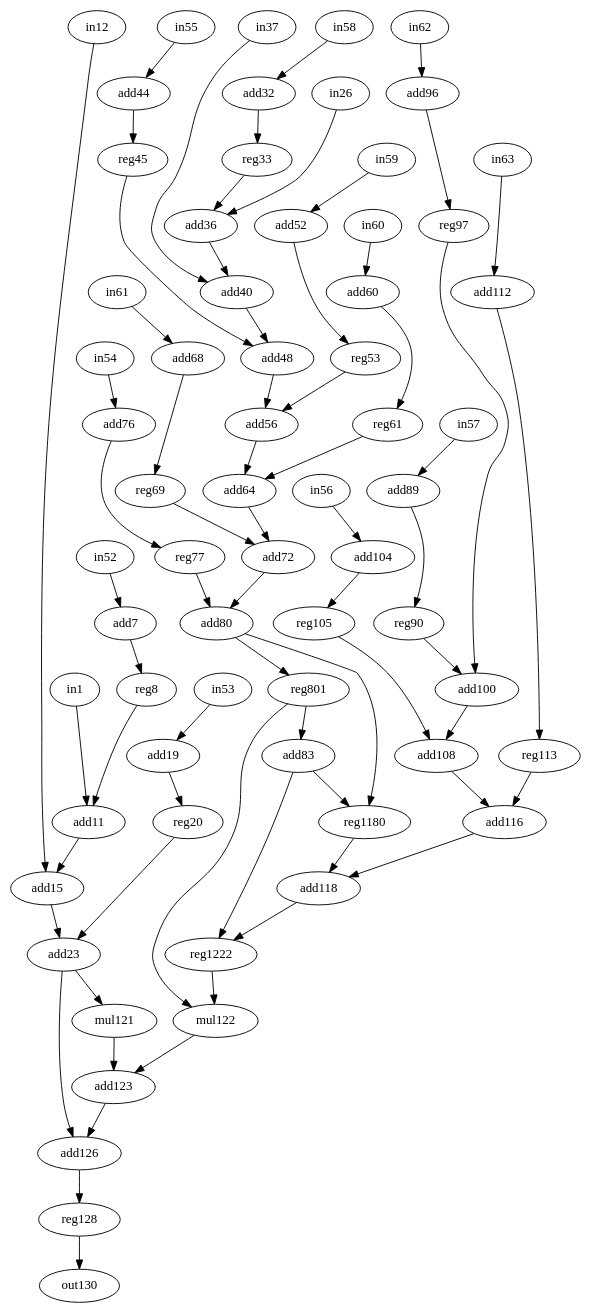
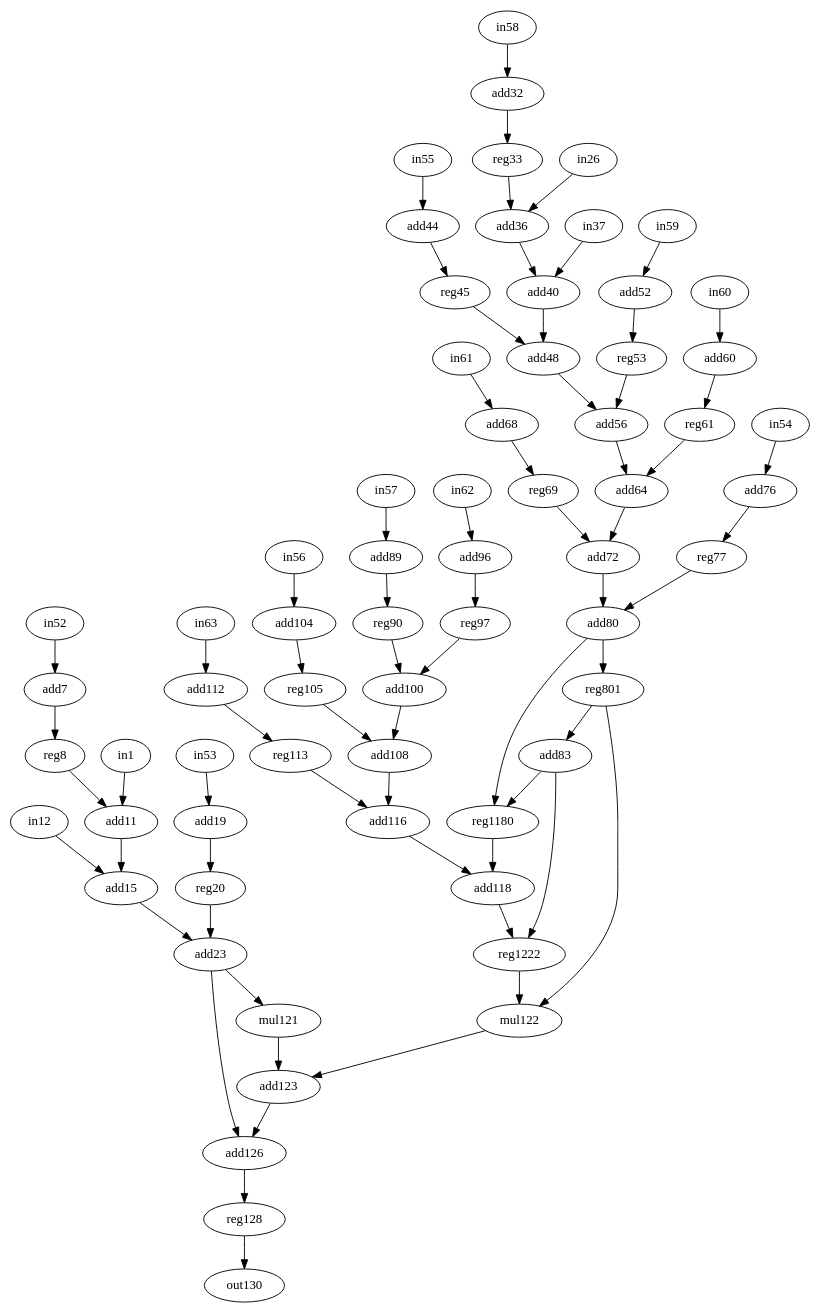
The diagram in bench/test_bench/h2v2_smooth.dot (jeronimopenha/traversal_project), drawn with Graphviz before and after one commit. The commit also changed 26032 other files, not shown here.

```diff
--- a/bench/test_bench/h2v2_smooth.dot
+++ b/bench/test_bench/h2v2_smooth.dot
@@ -1,133 +1,133 @@
 digraph "h2v2_smooth" {
 0 [label=reg33, op=reg];
 1 [label=in12, op=in];
 2 [label=in37, op=in];
 3 [label=add68, op=addi, value=2];
 4 [label=mul121, op=muli, value=2];
 5 [label=reg90, op=reg];
 6 [label=add23, op=add];
 7 [label=add118, op=add];
 8 [label=reg61, op=reg];
 9 [label=add83, op=addi, value=2];
 10 [label=add19, op=addi, value=2];
 11 [label=add72, op=add];
 12 [label=add89, op=addi, value=2];
 13 [label=add104, op=addi, value=2];
 14 [label=reg128, op=reg];
 15 [label=reg801, op=reg];
 16 [label=reg20, op=reg];
 17 [label=add60, op=addi, value=2];
 18 [label=in1, op=in];
 19 [label=add7, op=addi, value=2];
 20 [label=add40, op=add];
 21 [label=reg69, op=reg];
 22 [label=reg105, op=reg];
 23 [label=in26, op=in];
 24 [label=add116, op=add];
 25 [label=add96, op=addi, value=2];
 26 [label=mul122, op=mul];
 27 [label=reg53, op=reg];
 28 [label=reg45, op=reg];
 29 [label=add44, op=addi, value=2];
 30 [label=reg8, op=reg];
 31 [label=add52, op=addi, value=2];
 32 [label=add11, op=add];
 33 [label=add64, op=add];
 34 [label=reg113, op=reg];
 35 [label=add123, op=add];
 36 [label=add32, op=addi, value=2];
 37 [label=add108, op=add];
 38 [label=add36, op=add];
 39 [label=reg77, op=reg];
 40 [label=add48, op=add];
 41 [label=add80, op=add];
 42 [label=add112, op=addi, value=2];
 43 [label=add15, op=add];
 44 [label=add76, op=addi, value=2];
 45 [label=add100, op=add];
 46 [label=reg97, op=reg];
 47 [label=add126, op=add];
 48 [label=reg1222, op=reg];
 49 [label=out130, op=out];
 50 [label=add56, op=add];
 51 [label=reg1180, op=reg];
 52 [label=in52, op=in];
 53 [label=in53, op=in];
 54 [label=in54, op=in];
 55 [label=in55, op=in];
 56 [label=in56, op=in];
 57 [label=in57, op=in];
 58 [label=in58, op=in];
 59 [label=in59, op=in];
 60 [label=in60, op=in];
 61 [label=in61, op=in];
 62 [label=in62, op=in];
 63 [label=in63, op=in];
-0 -> 38  [port=0, weight=0];
-1 -> 43  [port=0, weight=0];
-2 -> 20  [port=0, weight=0];
-3 -> 21  [port=0, weight=0];
-4 -> 35  [port=0, weight=0];
-5 -> 45  [port=0, weight=0];
-6 -> 4  [port=0, weight=0];
-6 -> 47  [port=0, weight=0];
-7 -> 48  [port=0, weight=0];
-8 -> 33  [port=0, weight=0];
-9 -> 48  [port=1, weight=0];
-9 -> 51  [port=0, weight=0];
-10 -> 16  [port=0, weight=0];
-11 -> 41  [port=0, weight=0];
-12 -> 5  [port=0, weight=0];
-13 -> 22  [port=0, weight=0];
-14 -> 49  [port=0, weight=0];
-15 -> 9  [port=0, weight=0];
-15 -> 26  [port=0, weight=0];
-16 -> 6  [port=0, weight=0];
-17 -> 8  [port=0, weight=0];
-18 -> 32  [port=0, weight=0];
-19 -> 30  [port=0, weight=0];
-20 -> 40  [port=0, weight=0];
-21 -> 11  [port=0, weight=0];
-22 -> 37  [port=0, weight=0];
-23 -> 38  [port=1, weight=0];
-24 -> 7  [port=0, weight=0];
-25 -> 46  [port=0, weight=0];
-26 -> 35  [port=1, weight=0];
-27 -> 50  [port=0, weight=0];
-28 -> 40  [port=1, weight=0];
-29 -> 28  [port=0, weight=0];
-30 -> 32  [port=1, weight=0];
-31 -> 27  [port=0, weight=0];
-32 -> 43  [port=1, weight=0];
-33 -> 11  [port=1, weight=0];
-34 -> 24  [port=0, weight=0];
-35 -> 47  [port=1, weight=0];
-36 -> 0  [port=0, weight=0];
-37 -> 24  [port=1, weight=0];
-38 -> 20  [port=1, weight=0];
-39 -> 41  [port=1, weight=0];
-40 -> 50  [port=1, weight=0];
-41 -> 15  [port=0, weight=0];
-41 -> 51  [port=1, weight=0];
-42 -> 34  [port=0, weight=0];
-43 -> 6  [port=1, weight=0];
-44 -> 39  [port=0, weight=0];
-45 -> 37  [port=1, weight=0];
-46 -> 45  [port=1, weight=0];
-47 -> 14  [port=0, weight=0];
-48 -> 26  [port=1, weight=0];
-50 -> 33  [port=1, weight=0];
-51 -> 7  [port=1, weight=0];
-52 -> 19  [port=0, weight=0];
-53 -> 10  [port=0, weight=0];
-54 -> 44  [port=0, weight=0];
-55 -> 29  [port=0, weight=0];
-56 -> 13  [port=0, weight=0];
-57 -> 12  [port=0, weight=0];
-58 -> 36  [port=0, weight=0];
-59 -> 31  [port=0, weight=0];
-60 -> 17  [port=0, weight=0];
-61 -> 3  [port=0, weight=0];
-62 -> 25  [port=0, weight=0];
-63 -> 42  [port=0, weight=0];
+0 -> 38  [port=0, w=0];
+1 -> 43  [port=0, w=0];
+2 -> 20  [port=0, w=0];
+3 -> 21  [port=0, w=0];
+4 -> 35  [port=0, w=0];
+5 -> 45  [port=0, w=0];
+6 -> 4  [port=0, w=0];
+6 -> 47  [port=0, w=0];
+7 -> 48  [port=0, w=0];
+8 -> 33  [port=0, w=0];
+9 -> 48  [port=1, w=0];
+9 -> 51  [port=0, w=0];
+10 -> 16  [port=0, w=0];
+11 -> 41  [port=0, w=0];
+12 -> 5  [port=0, w=0];
+13 -> 22  [port=0, w=0];
+14 -> 49  [port=0, w=0];
+15 -> 9  [port=0, w=0];
+15 -> 26  [port=0, w=0];
+16 -> 6  [port=0, w=0];
+17 -> 8  [port=0, w=0];
+18 -> 32  [port=0, w=0];
+19 -> 30  [port=0, w=0];
+20 -> 40  [port=0, w=0];
+21 -> 11  [port=0, w=0];
+22 -> 37  [port=0, w=0];
+23 -> 38  [port=1, w=0];
+24 -> 7  [port=0, w=0];
+25 -> 46  [port=0, w=0];
+26 -> 35  [port=1, w=0];
+27 -> 50  [port=0, w=0];
+28 -> 40  [port=1, w=0];
+29 -> 28  [port=0, w=0];
+30 -> 32  [port=1, w=0];
+31 -> 27  [port=0, w=0];
+32 -> 43  [port=1, w=0];
+33 -> 11  [port=1, w=0];
+34 -> 24  [port=0, w=0];
+35 -> 47  [port=1, w=0];
+36 -> 0  [port=0, w=0];
+37 -> 24  [port=1, w=0];
+38 -> 20  [port=1, w=0];
+39 -> 41  [port=1, w=0];
+40 -> 50  [port=1, w=0];
+41 -> 15  [port=0, w=0];
+41 -> 51  [port=1, w=0];
+42 -> 34  [port=0, w=0];
+43 -> 6  [port=1, w=0];
+44 -> 39  [port=0, w=0];
+45 -> 37  [port=1, w=0];
+46 -> 45  [port=1, w=0];
+47 -> 14  [port=0, w=0];
+48 -> 26  [port=1, w=0];
+50 -> 33  [port=1, w=0];
+51 -> 7  [port=1, w=0];
+52 -> 19  [port=0, w=0];
+53 -> 10  [port=0, w=0];
+54 -> 44  [port=0, w=0];
+55 -> 29  [port=0, w=0];
+56 -> 13  [port=0, w=0];
+57 -> 12  [port=0, w=0];
+58 -> 36  [port=0, w=0];
+59 -> 31  [port=0, w=0];
+60 -> 17  [port=0, w=0];
+61 -> 3  [port=0, w=0];
+62 -> 25  [port=0, w=0];
+63 -> 42  [port=0, w=0];
 }
```
